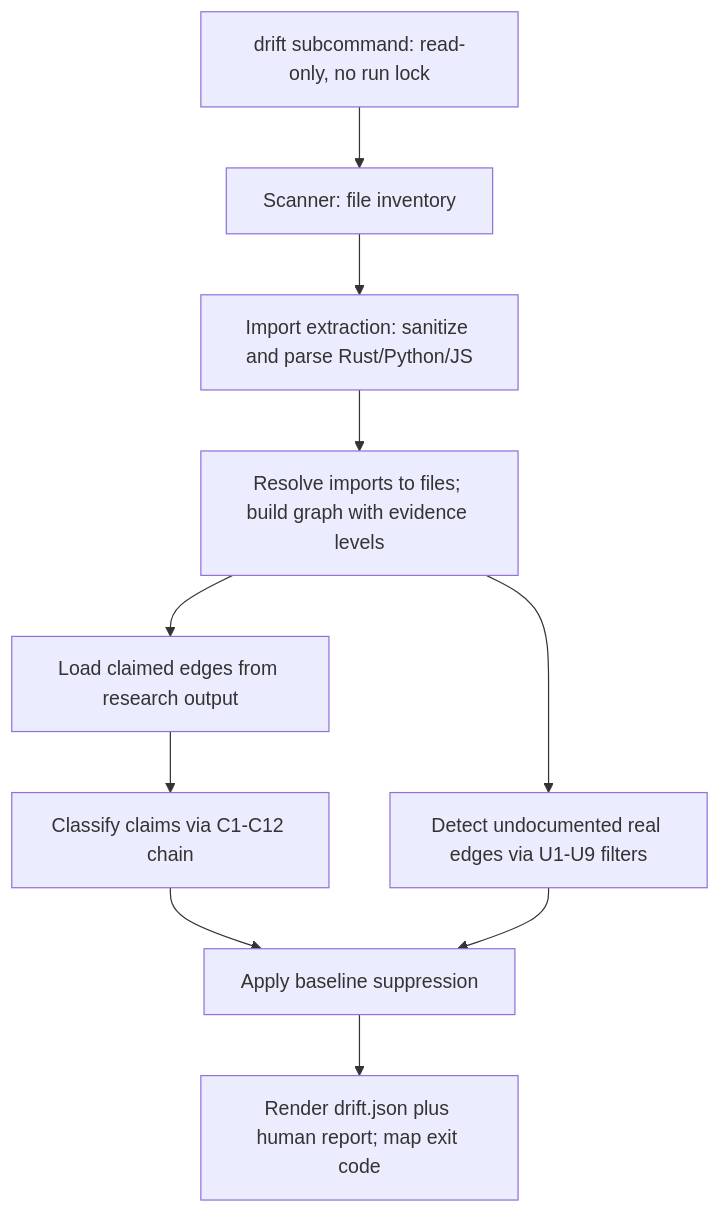
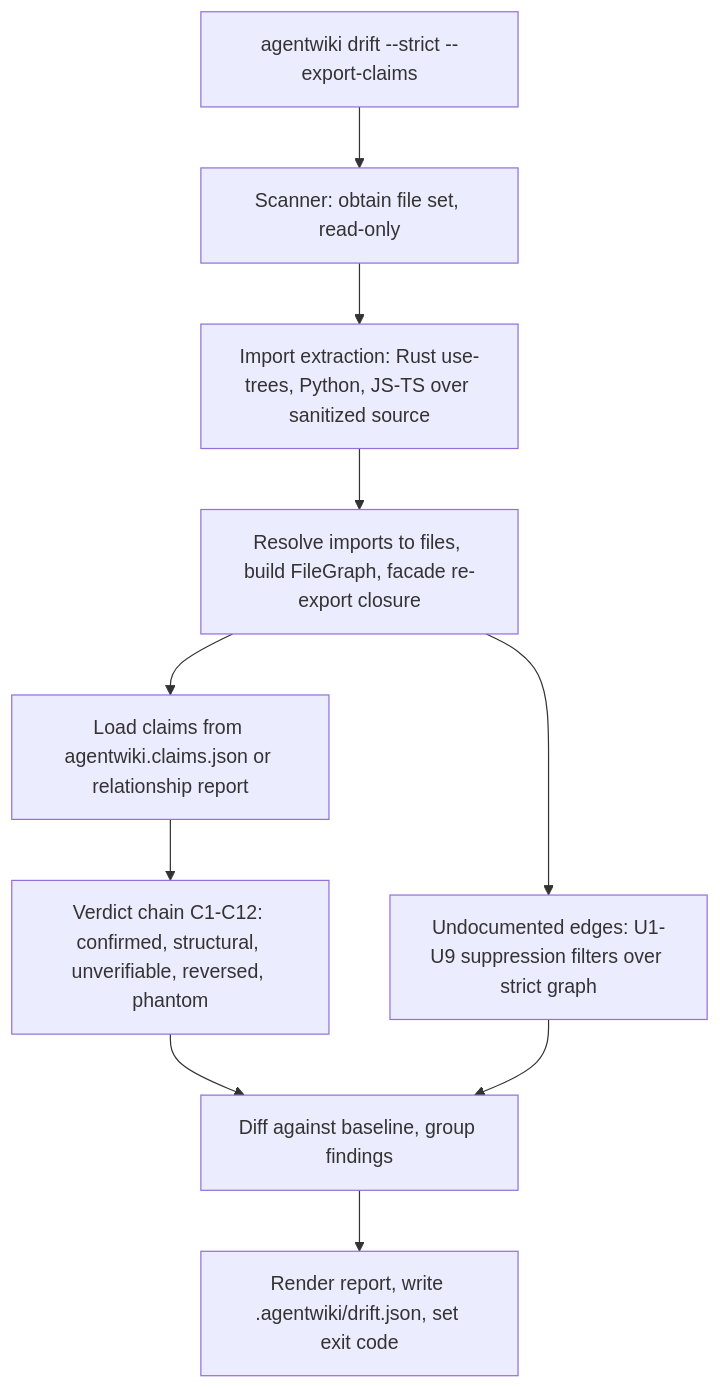
Before and after one commit to tidusvn05/agentwiki: the fifth of 7 diagrams in docs/en/2.Architecture.md, drawn with Mermaid. The commit also changed other lines of this file and 41 other files, not shown here.

````diff
--- a/docs/en/2.Architecture.md
+++ b/docs/en/2.Architecture.md
@@ -307,12 +424,12 @@
 ```mermaid
 flowchart TD
-    A[drift subcommand: read-only, no run lock] --> B[Scanner: file inventory]
-    B --> C[Import extraction: sanitize and parse Rust/Python/JS]
-    C --> D[Resolve imports to files; build graph with evidence levels]
-    D --> E[Load claimed edges from research output]
-    E --> F[Classify claims via C1-C12 chain]
-    D --> G[Detect undocumented real edges via U1-U9 filters]
-    F --> H[Apply baseline suppression]
+    A[agentwiki drift --strict --export-claims] --> B[Scanner: obtain file set, read-only]
+    B --> C[Import extraction: Rust use-trees, Python, JS-TS over sanitized source]
+    C --> D[Resolve imports to files, build FileGraph, facade re-export closure]
+    D --> E[Load claims from agentwiki.claims.json or relationship report]
+    E --> F[Verdict chain C1-C12: confirmed, structural, unverifiable, reversed, phantom]
+    D --> G[Undocumented edges: U1-U9 suppression filters over strict graph]
+    F --> H[Diff against baseline, group findings]
     G --> H
-    H --> I[Render drift.json plus human report; map exit code]
+    H --> I[Render report, write .agentwiki/drift.json, set exit code]
 ```
````
